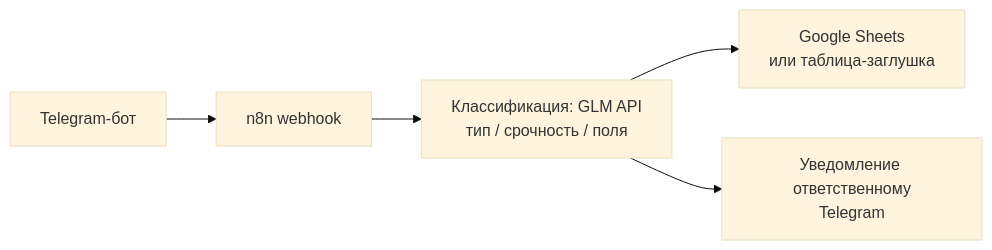
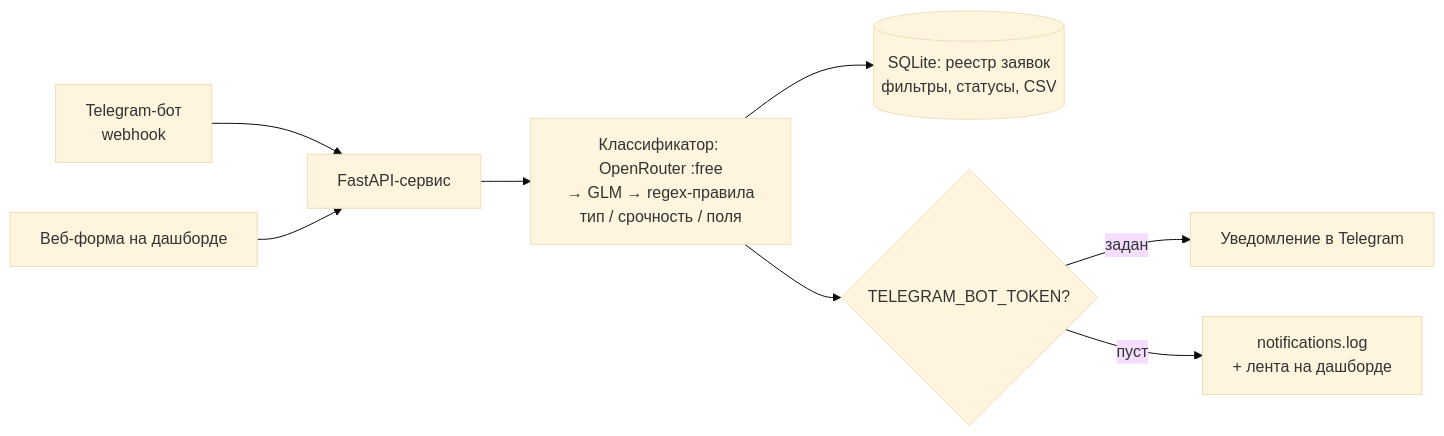
One commit to agenticflow64/lead-orchestrator changed the diagram in README.md. Above: the diagram before and after it, drawn with Mermaid (base theme). The commit also changed other lines of this file and 8 other files, not shown here.

Commit message:
docs: real demo metrics, architecture and demo script updates

````diff
--- a/README.md
+++ b/README.md
@@ -45,7 +53,10 @@
 ```mermaid
 flowchart LR
-    A[Telegram-бот] --> B[n8n webhook]
-    B --> C[Классификация: GLM API\nтип / срочность / поля]
-    C --> D[Google Sheets\nили таблица-заглушка]
-    C --> E[Уведомление ответственному\nTelegram]
+    A[Telegram-бот<br/>webhook] --> B[FastAPI-сервис]
+    F[Веб-форма на дашборде] --> B
+    B --> C[Классификатор: OpenRouter :free<br/>→ GLM → regex-правила<br/>тип / срочность / поля]
+    C --> D[(SQLite: реестр заявок<br/>фильтры, статусы, CSV)]
+    C --> E{TELEGRAM_BOT_TOKEN?}
+    E -- задан --> G[Уведомление в Telegram]
+    E -- пуст --> H[notifications.log<br/>+ лента на дашборде]
 ```
````
